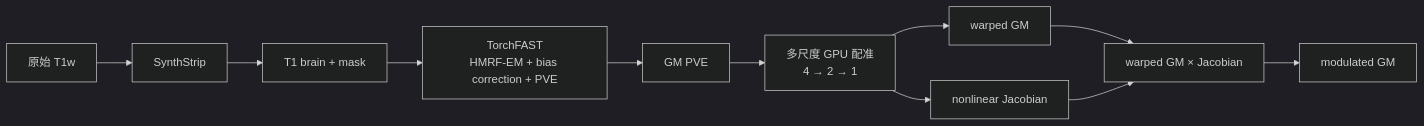
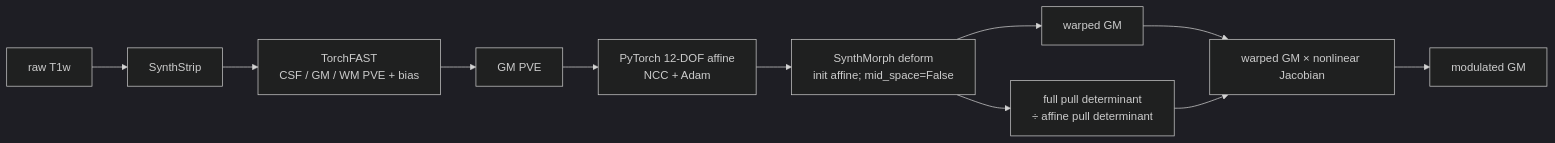
One commit to weikanggong1/Weikang-BrainMRI changed the diagram in docs/fast_vbm/README.md. Above: the diagram before and after it, drawn with Mermaid (dark theme). The commit also changed other lines of this file and 35 other files, not shown here.

Commit message:
Use package PyTorch SynthMorph in FastVBM

````diff
--- a/docs/fast_vbm/README.md
+++ b/docs/fast_vbm/README.md
@@ -16,13 +19,13 @@
 ```mermaid
 flowchart LR
-  A[原始 T1w] --> B[SynthStrip]
-  B --> C[T1 brain + mask]
-  C --> D[TorchFAST<br/>HMRF-EM + bias correction + PVE]
-  D --> E[GM PVE]
-  E --> F[多尺度 GPU 配准<br/>4 → 2 → 1]
+  A[raw T1w] --> B[SynthStrip]
+  B --> C[TorchFAST<br/>CSF / GM / WM PVE + bias]
+  C --> D[GM PVE]
+  D --> E[PyTorch 12-DOF affine<br/>NCC + Adam]
+  E --> F[SynthMorph deform<br/>init affine; mid_space=False]
   F --> G[warped GM]
-  F --> H[nonlinear Jacobian]
-  G --> I[warped GM × Jacobian]
+  F --> H[full pull determinant<br/>÷ affine pull determinant]
+  G --> I[warped GM × nonlinear Jacobian]
   H --> I
   I --> J[modulated GM]
 ```
````
